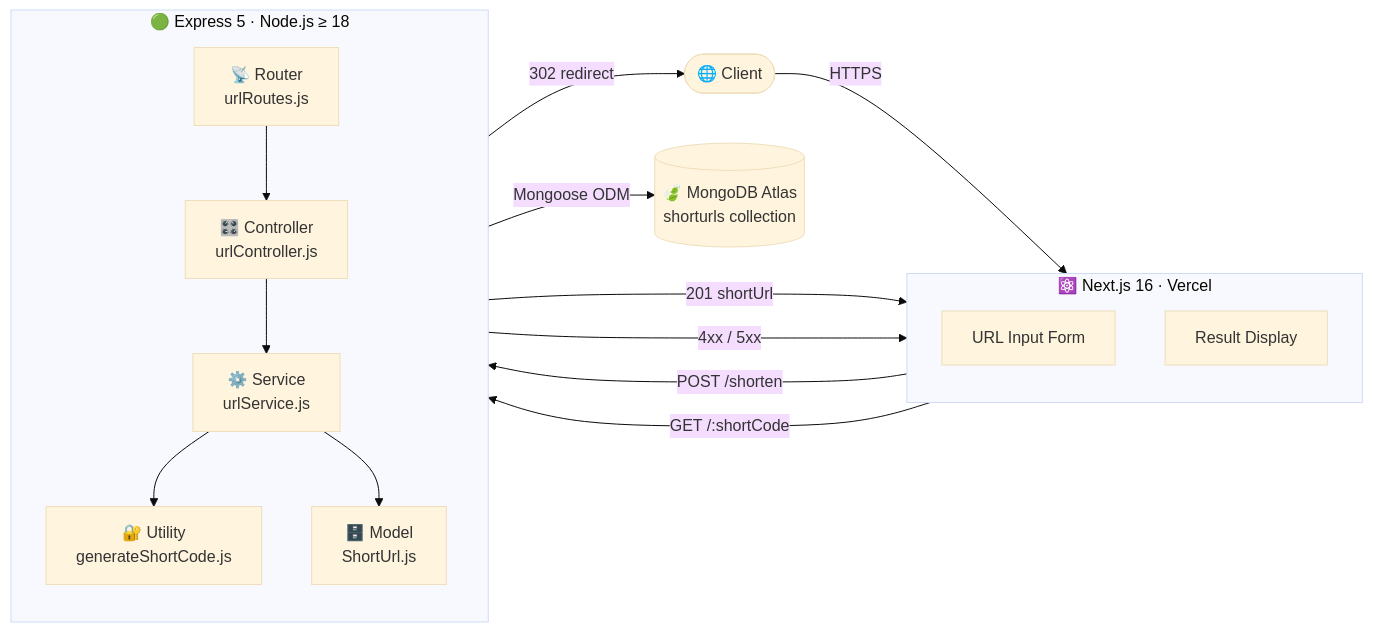
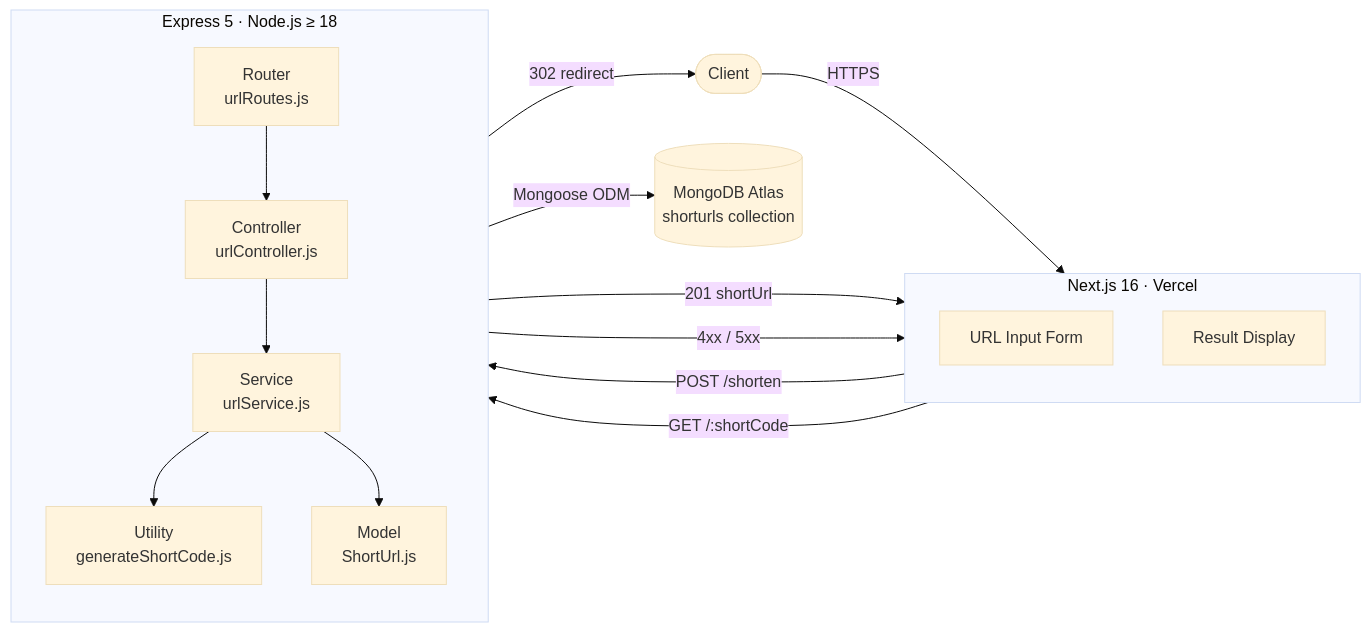
One commit to KingTroy125/URL-Shortener-API changed the first of 3 diagrams in README.md. Above: the diagram before and after it, drawn with Mermaid (base theme).

Commit message:
docs: remove emojis from Mermaid architecture diagram in README

````diff
--- a/README.md
+++ b/README.md
@@ -24,33 +24,33 @@
 ```mermaid
 flowchart LR
-    Browser(["🌐 Client"])
+    Browser(["Client"])
 
-    subgraph FE ["⚛️ Next.js 16  ·  Vercel"]
+    subgraph FE ["Next.js 16  ·  Vercel"]
         direction TB
         FormUI["URL Input Form"]
         ResultUI["Result Display"]
     end
 
-    subgraph API ["🟢 Express 5  ·  Node.js ≥ 18"]
+    subgraph API ["Express 5  ·  Node.js ≥ 18"]
         direction TB
-        Router["📡 Router\nurlRoutes.js"]
-        Controller["🎛️ Controller\nurlController.js"]
-        Service["⚙️ Service\nurlService.js"]
-        HashFn["🔐 Utility\ngenerateShortCode.js"]
-        Model["🗄️ Model\nShortUrl.js"]
+        Router["Router\nurlRoutes.js"]
+        Controller["Controller\nurlController.js"]
+        Service["Service\nurlService.js"]
+        HashFn["Utility\ngenerateShortCode.js"]
+        Model["Model\nShortUrl.js"]
 
         Router --> Controller --> Service
         Service --> HashFn
         Service --> Model
     end
 
-    MongoDB[("🍃 MongoDB Atlas\nshorturls collection")]
+    MongoDB[("MongoDB Atlas\nshorturls collection")]
 
     Browser -->|HTTPS| FE
     FE -->|POST /shorten| Router
     FE -->|"GET /:shortCode"| Router
     Model -->|Mongoose ODM| MongoDB
     Controller -->|"201 shortUrl"| FE
     Controller -->|"302 redirect"| Browser
     Controller -->|"4xx / 5xx"| FE
 ```
````
